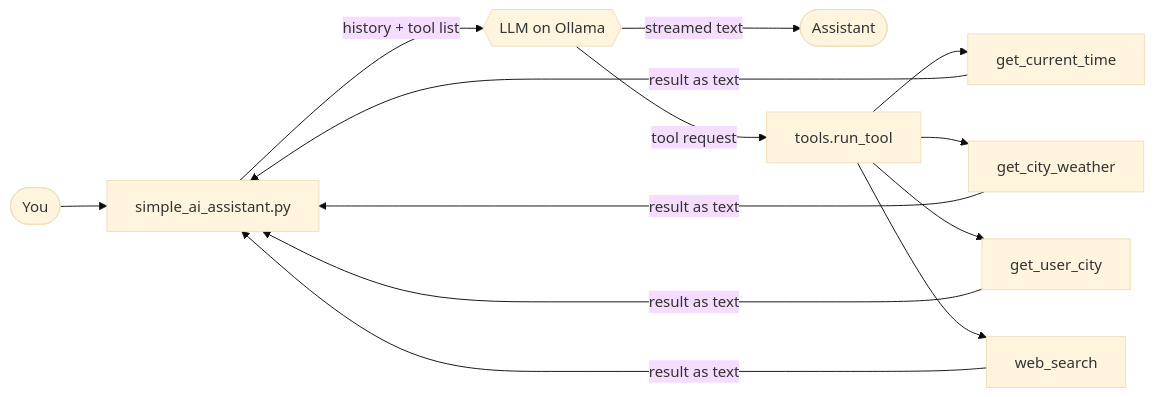
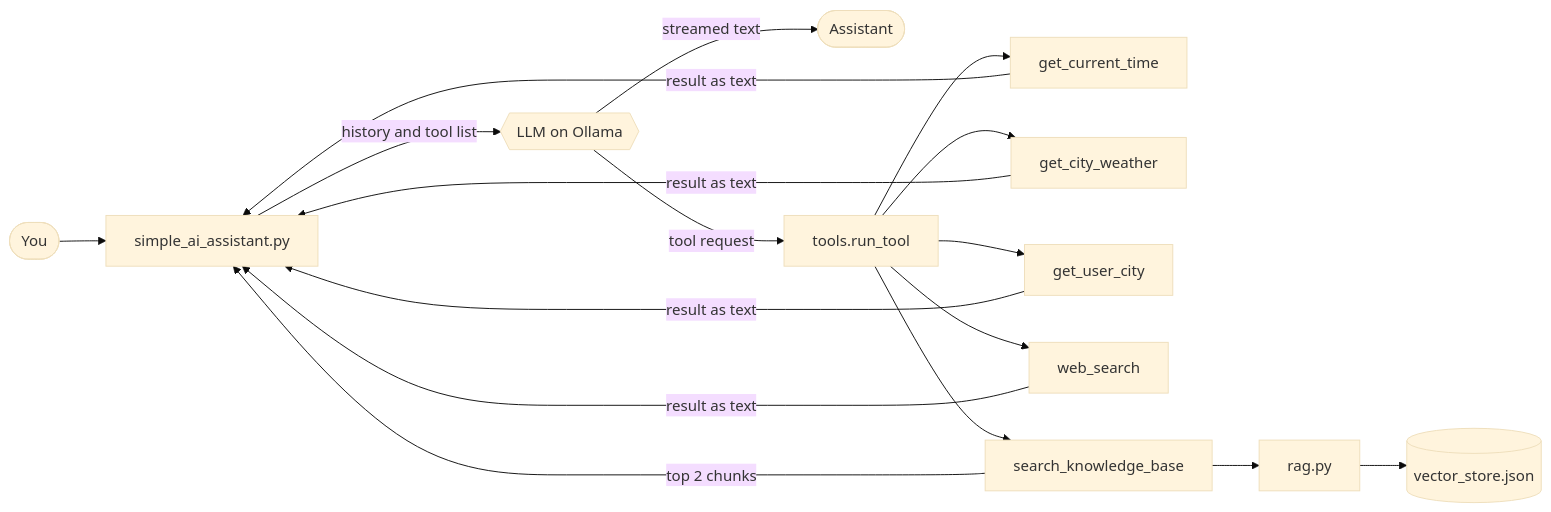
The diagram in README.md (Vikal-Dubey/ai-assistant), drawn with Mermaid (base theme) before and after one commit. The commit also changed other lines of this file, not shown here.

````diff
--- a/README.md
+++ b/README.md
@@ -50,15 +59,19 @@
 ```mermaid
 flowchart LR
     U([You]) --> M[simple_ai_assistant.py]
-    M -->|history + tool list| L{{LLM on Ollama}}
+    M -->|history and tool list| L{{LLM on Ollama}}
     L -->|streamed text| A([Assistant])
     L -->|tool request| R[tools.run_tool]
     R --> T1[get_current_time]
     R --> T2[get_city_weather]
     R --> T3[get_user_city]
     R --> T4[web_search]
+    R --> T5[search_knowledge_base]
+    T5 --> K[rag.py]
+    K --> V[(vector_store.json)]
     T1 -->|result as text| M
     T2 -->|result as text| M
     T3 -->|result as text| M
     T4 -->|result as text| M
+    T5 -->|top 2 chunks| M
 ```
````
